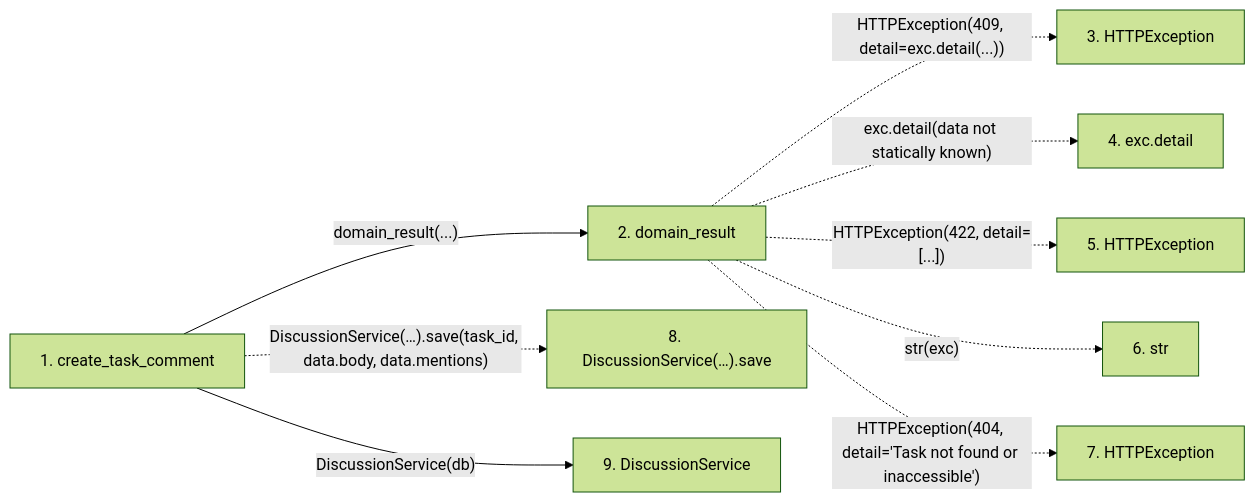
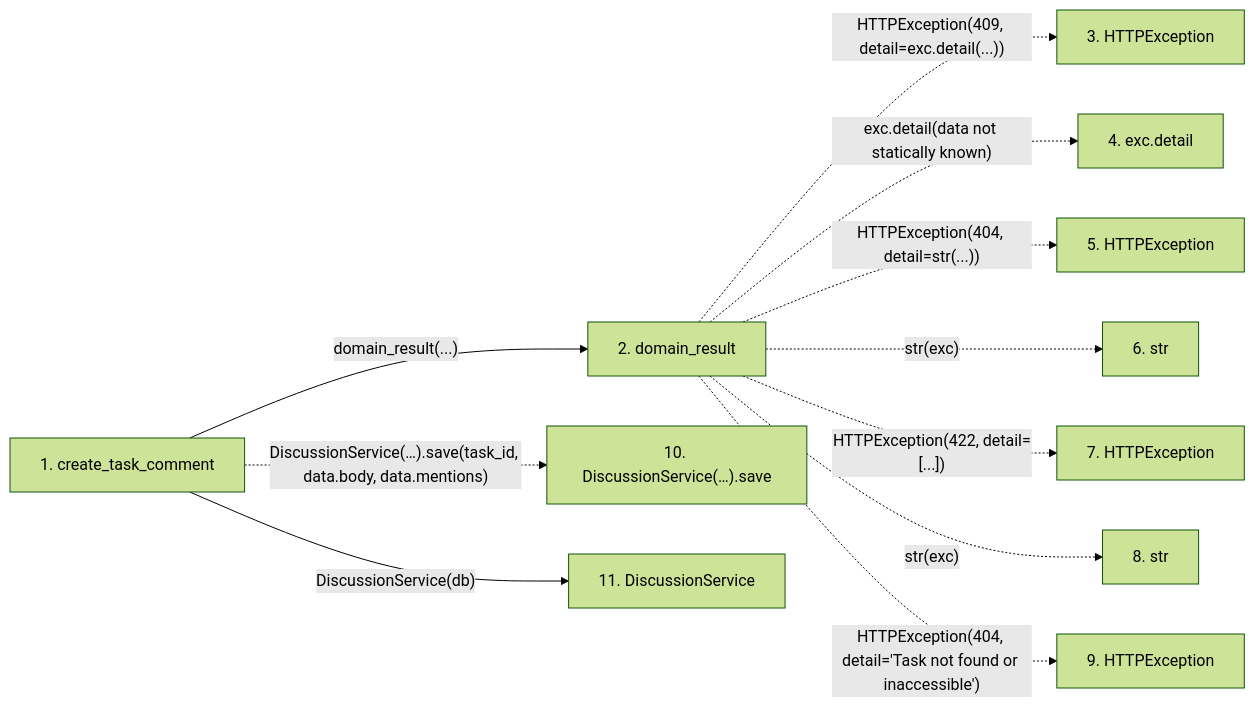
Before and after one commit to Denissvgn/WorkChord: the second of 2 diagrams in docs/llm_wiki/flows/http-create_task_comment.md, drawn with Mermaid (forest theme). The commit also changed other lines of this file and 6624 other files, not shown here.

````diff
--- a/docs/llm_wiki/flows/http-create_task_comment.md
+++ b/docs/llm_wiki/flows/http-create_task_comment.md
@@ -32,23 +34,27 @@
 ```mermaid
 flowchart LR
     s1["1. create_task_comment"]
     s2["2. domain_result"]
     s3["3. HTTPException"]
     s4["4. exc.detail"]
     s5["5. HTTPException"]
     s6["6. str"]
     s7["7. HTTPException"]
-    s8["8. DiscussionService(…).save"]
-    s9["9. DiscussionService"]
+    s8["8. str"]
+    s9["9. HTTPException"]
+    s10["10. DiscussionService(…).save"]
+    s11["11. DiscussionService"]
     s1 -->|"domain_result(...)"| s2
     s2 -. "HTTPException(409, detail=exc.detail(...))" .-> s3
     s2 -. "exc.detail(data not statically known)" .-> s4
-    s2 -. "HTTPException(422, detail=[...])" .-> s5
+    s2 -. "HTTPException(404, detail=str(...))" .-> s5
     s2 -. "str(exc)" .-> s6
-    s2 -. "HTTPException(404, detail='Task not found or inaccessible')" .-> s7
-    s1 -. "DiscussionService(…).save(task_id, data.body, data.mentions)" .-> s8
-    s1 -->|"DiscussionService(db)"| s9
+    s2 -. "HTTPException(422, detail=[...])" .-> s7
+    s2 -. "str(exc)" .-> s8
+    s2 -. "HTTPException(404, detail='Task not found or inaccessible')" .-> s9
+    s1 -. "DiscussionService(…).save(task_id, data.body, data.mentions)" .-> s10
+    s1 -->|"DiscussionService(db)"| s11
     click s1 "../modules/routers_discussion.md"
     click s2 "../modules/routers_task_domain.md"
-    click s9 "../modules/discussion_service.md"
+    click s11 "../modules/discussion_service.md"
 ```
````
